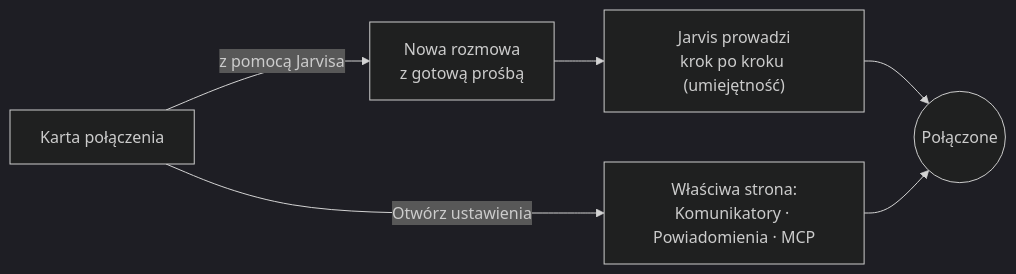
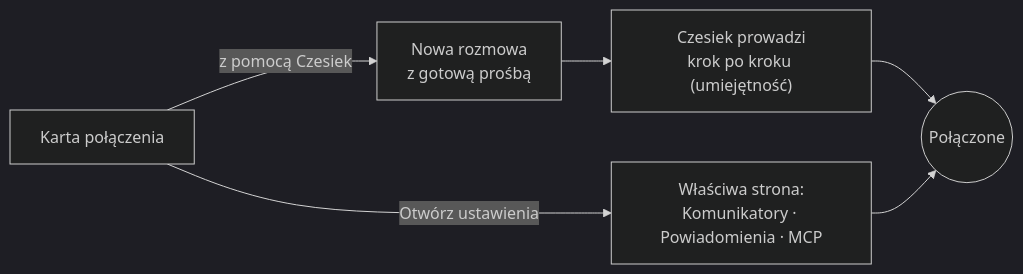
Diagram 11 of 14 in README.md (aievolutionpl/ai-evolution-jarvis), drawn with Mermaid (dark theme) before and after one commit. The commit also changed other lines of this file, not shown here.

Commit message:
docs(readme): narracja Agent Czesiek + szybki start na gorze, dlugie sekcje w dol (#44)

````diff
--- a/README.md
+++ b/README.md
@@ -511,8 +528,8 @@
 ```mermaid
 flowchart LR
-    K["Karta połączenia"] -->|"z pomocą Jarvisa"| R["Nowa rozmowa<br/>z gotową prośbą"]
-    R --> A["Jarvis prowadzi<br/>krok po kroku (umiejętność)"]
+    K["Karta połączenia"] -->|"z pomocą Czesiek"| R["Nowa rozmowa<br/>z gotową prośbą"]
+    R --> A["Czesiek prowadzi<br/>krok po kroku (umiejętność)"]
     K -->|"Otwórz ustawienia"| U["Właściwa strona:<br/>Komunikatory · Powiadomienia · MCP"]
     A --> T(("Połączone"))
     U --> T
 ```
````
